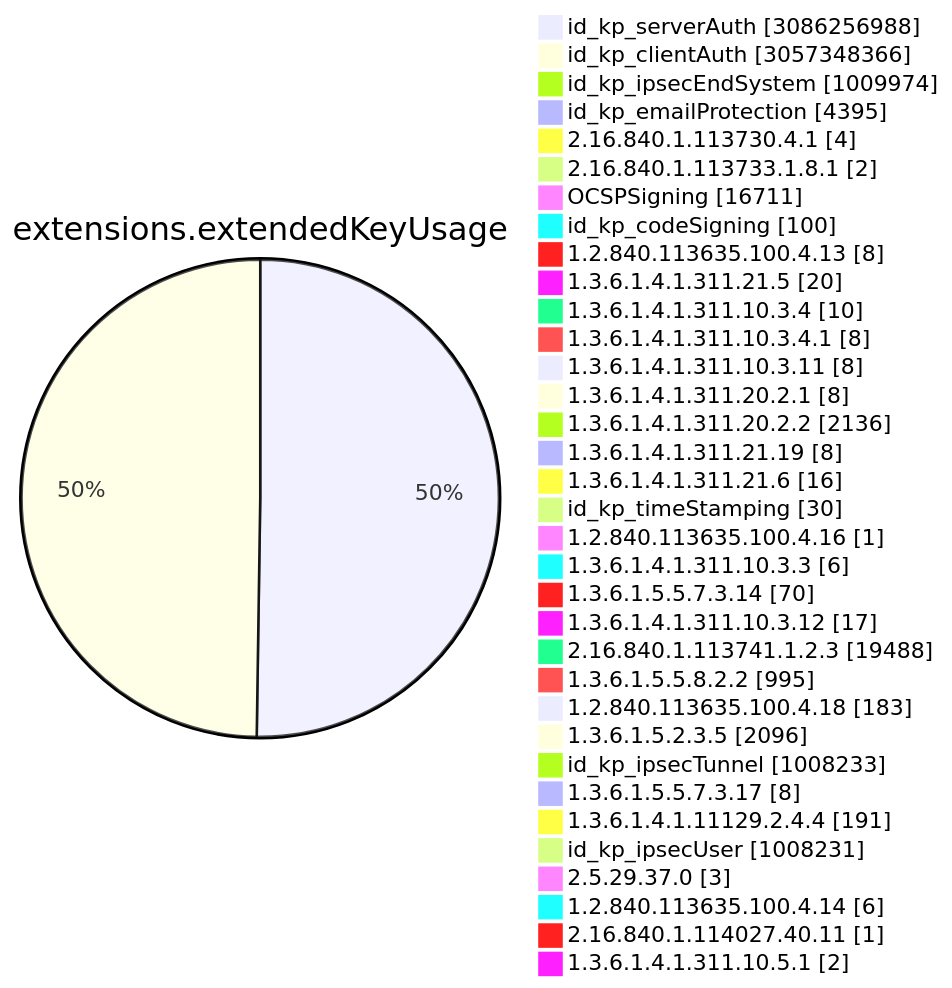
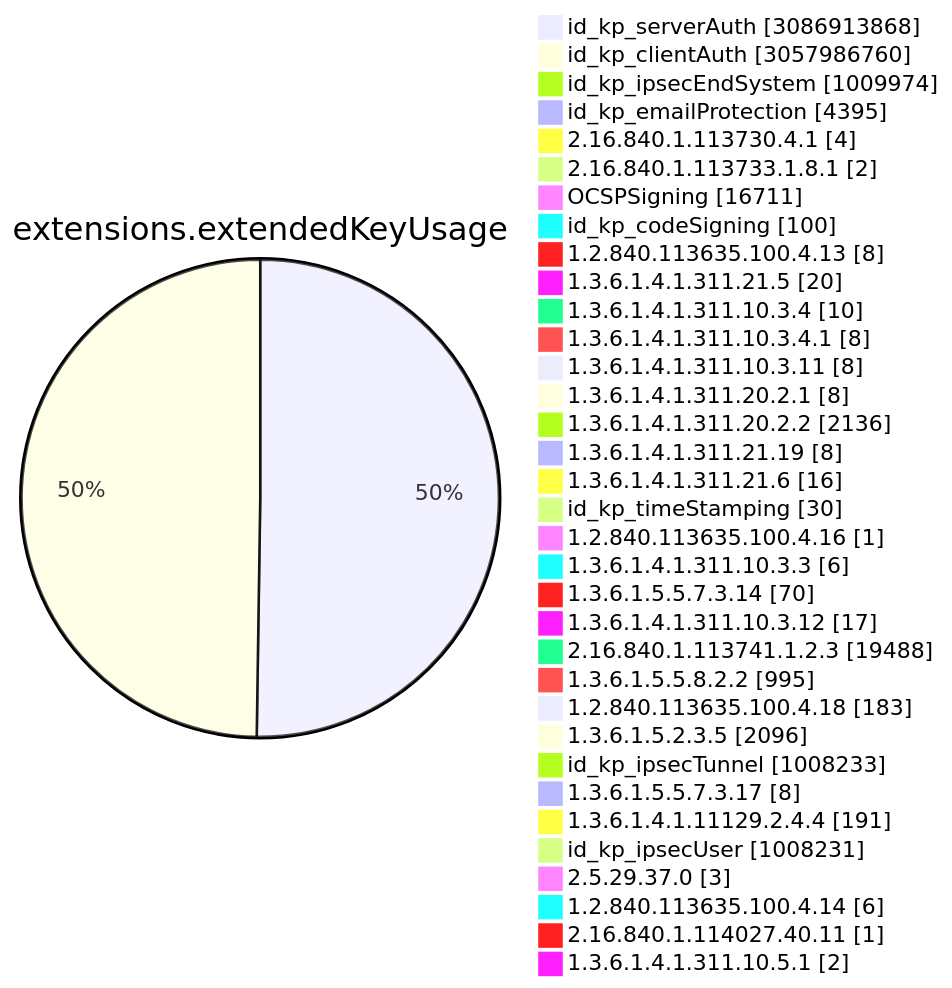
Before and after one commit to christiankrug/ctmonitor_visualization: diagram 11 of 15 in TOTAL/README.md, drawn with Mermaid. The commit also changed other lines of this file, not shown here.

````diff
--- a/TOTAL/README.md
+++ b/TOTAL/README.md
@@ -4119,38 +4119,38 @@
 ```mermaid
 pie showData
 title extensions.extendedKeyUsage
-"id_kp_serverAuth" :3086256988
-"id_kp_clientAuth" :3057348366
+"id_kp_serverAuth" :3086913868
+"id_kp_clientAuth" :3057986760
 "id_kp_ipsecEndSystem" :1009974
 "id_kp_emailProtection" :4395
 "2.16.840.1.113730.4.1" :4
 "2.16.840.1.113733.1.8.1" :2
 "OCSPSigning" :16711
 "id_kp_codeSigning" :100
 "1.2.840.113635.100.4.13" :8
 "1.3.6.1.4.1.311.21.5" :20
 "1.3.6.1.4.1.311.10.3.4" :10
 "1.3.6.1.4.1.311.10.3.4.1" :8
 "1.3.6.1.4.1.311.10.3.11" :8
 "1.3.6.1.4.1.311.20.2.1" :8
 "1.3.6.1.4.1.311.20.2.2" :2136
 "1.3.6.1.4.1.311.21.19" :8
 "1.3.6.1.4.1.311.21.6" :16
 "id_kp_timeStamping" :30
 "1.2.840.113635.100.4.16" :1
 "1.3.6.1.4.1.311.10.3.3" :6
 "1.3.6.1.5.5.7.3.14" :70
 "1.3.6.1.4.1.311.10.3.12" :17
 "2.16.840.1.113741.1.2.3" :19488
 "1.3.6.1.5.5.8.2.2" :995
 "1.2.840.113635.100.4.18" :183
 "1.3.6.1.5.2.3.5" :2096
 "id_kp_ipsecTunnel" :1008233
 "1.3.6.1.5.5.7.3.17" :8
 "1.3.6.1.4.1.11129.2.4.4" :191
 "id_kp_ipsecUser" :1008231
 "2.5.29.37.0" :3
 "1.2.840.113635.100.4.14" :6
 "2.16.840.1.114027.40.11" :1
 "1.3.6.1.4.1.311.10.5.1" :2
 ```
````
